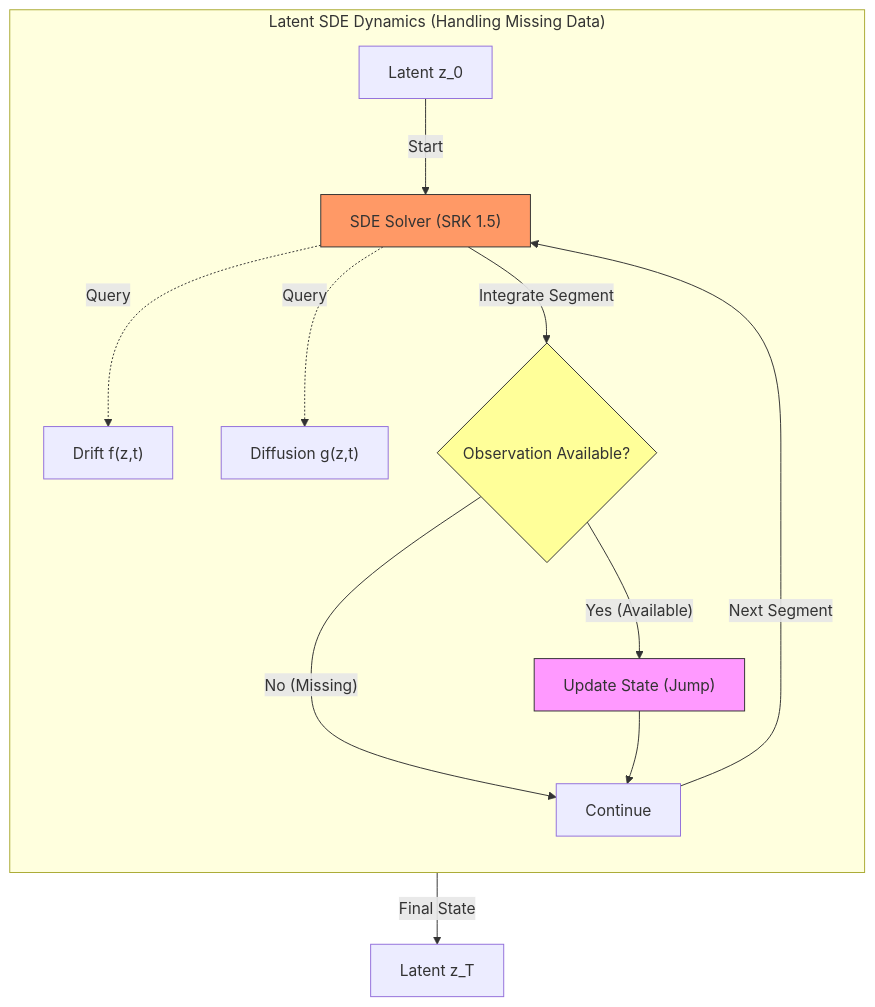
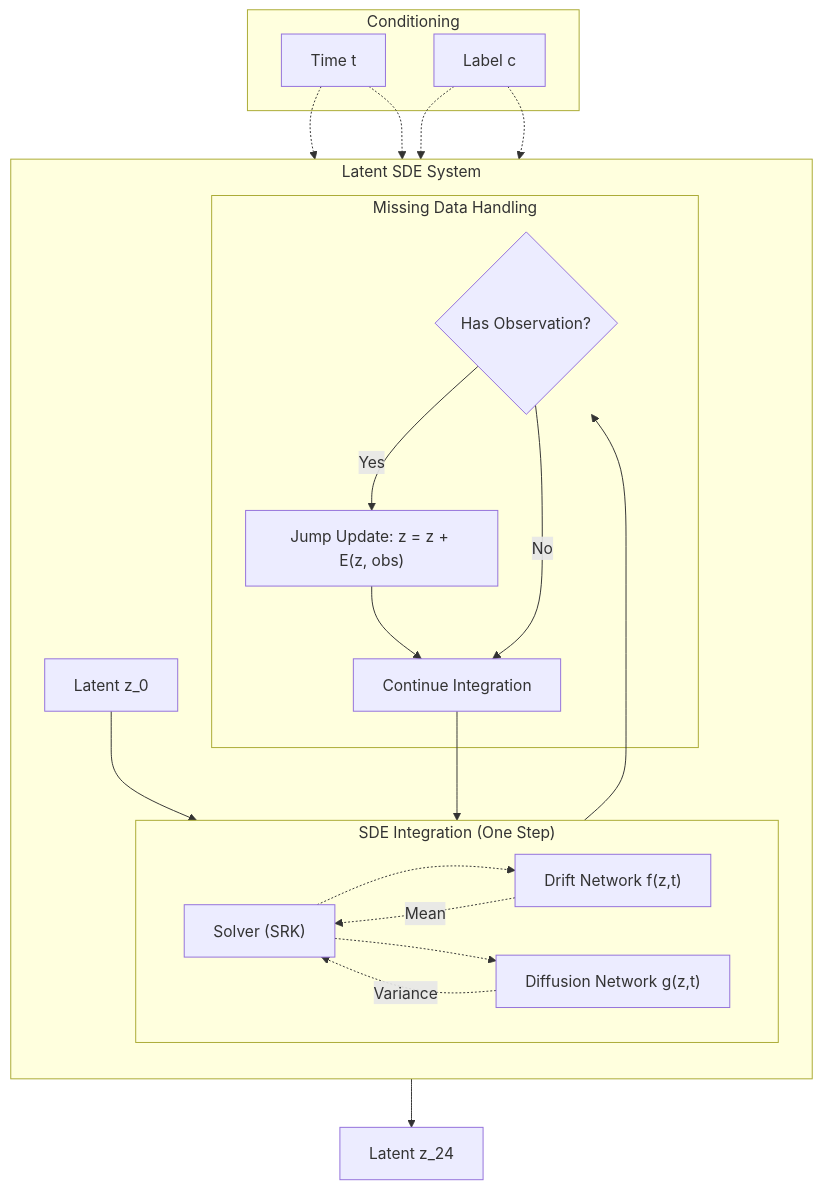
One commit to avalanchezy/IL-CLDM changed the diagram in README.md. Above: the diagram before and after it, drawn with Mermaid. The commit also changed other lines of this file, not shown here.

First line of the commit message:
Docs: Complete rewrite of README for Latent SDE focus

````diff
--- a/README.md
+++ b/README.md
@@ -59,29 +34,45 @@
 ```mermaid
 graph TD
-    subgraph "Latent SDE Dynamics (Handling Missing Data)"
-        direction TB
-        
-        Z0["Latent z_0"] -->|Start| Solver
-        
-        Solver["SDE Solver (SRK 1.5)"]
-        Drift["Drift f(z,t)"]
-        Diff["Diffusion g(z,t)"]
-        
-        Solver -.->|Query| Drift
-        Solver -.->|Query| Diff
-        
-        Solver -->|Integrate Segment| Check{"Observation Available?"}
-        
-        Check -- "No (Missing)" --> Continue["Continue"]
-        Check -- "Yes (Available)" --> Update["Update State (Jump)"]
-        
-        Update --> Continue
-        Continue -->|Next Segment| Solver
+    %% System Inputs
+    subgraph Conditioning
+    T["Time t"]
+    L["Label c"]
     end
     
-    Solver -->|Final State| ZT["Latent z_T"]
-    
-    style Update fill:#f9f,stroke:#333
-    style Check fill:#ff9,stroke:#333
-    style Solver fill:#f96,stroke:#333
+    subgraph "Latent SDE System"
+        direction TB
+        Input["Latent z_0"]
+        
+        %% SDE Solver Box
+        subgraph "SDE Integration (One Step)"
+            direction LR
+            Solver["Solver (SRK)"]
+            f["Drift Network f(z,t)"]
+            g["Diffusion Network g(z,t)"]
+            
+            Solver -.-> f & g
+            f -.->|Mean| Solver
+            g -.->|Variance| Solver
+        end
+
+        %% Missing Data Loop
+        subgraph "Missing Data Handling"
+            Check{"Has Observation?"}
+            Update["Jump Update: z = z + E(z, obs)"]
+            Continue["Continue Integration"]
+        end
+        
+        Input --> Solver
+        Solver --> Check
+        Check --"Yes"--> Update --> Continue
+        Check --"No"--> Continue
+        Continue --> Solver
+        
+    end
+
+    %% Conditioning connections
+    T & L -.-> f & g
+
+    %% Output
+    Solver --> Output["Latent z_24"]
 ```
````
